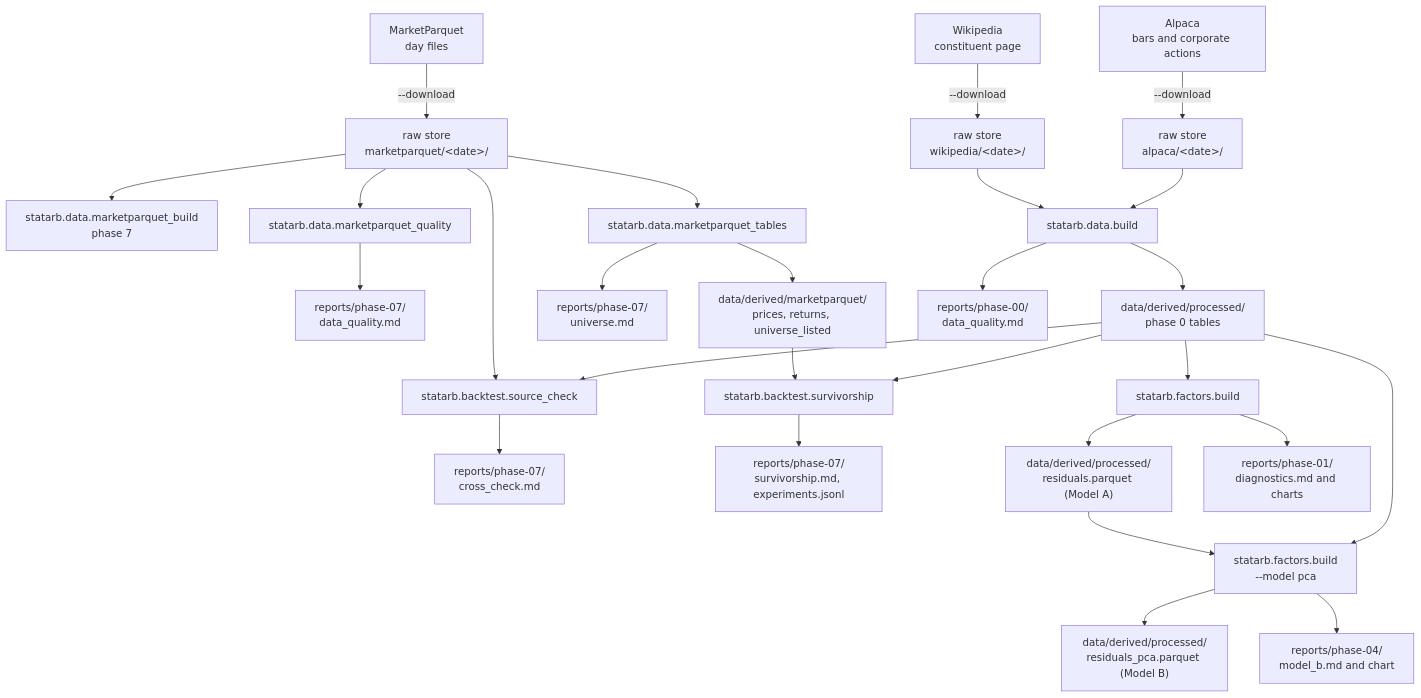
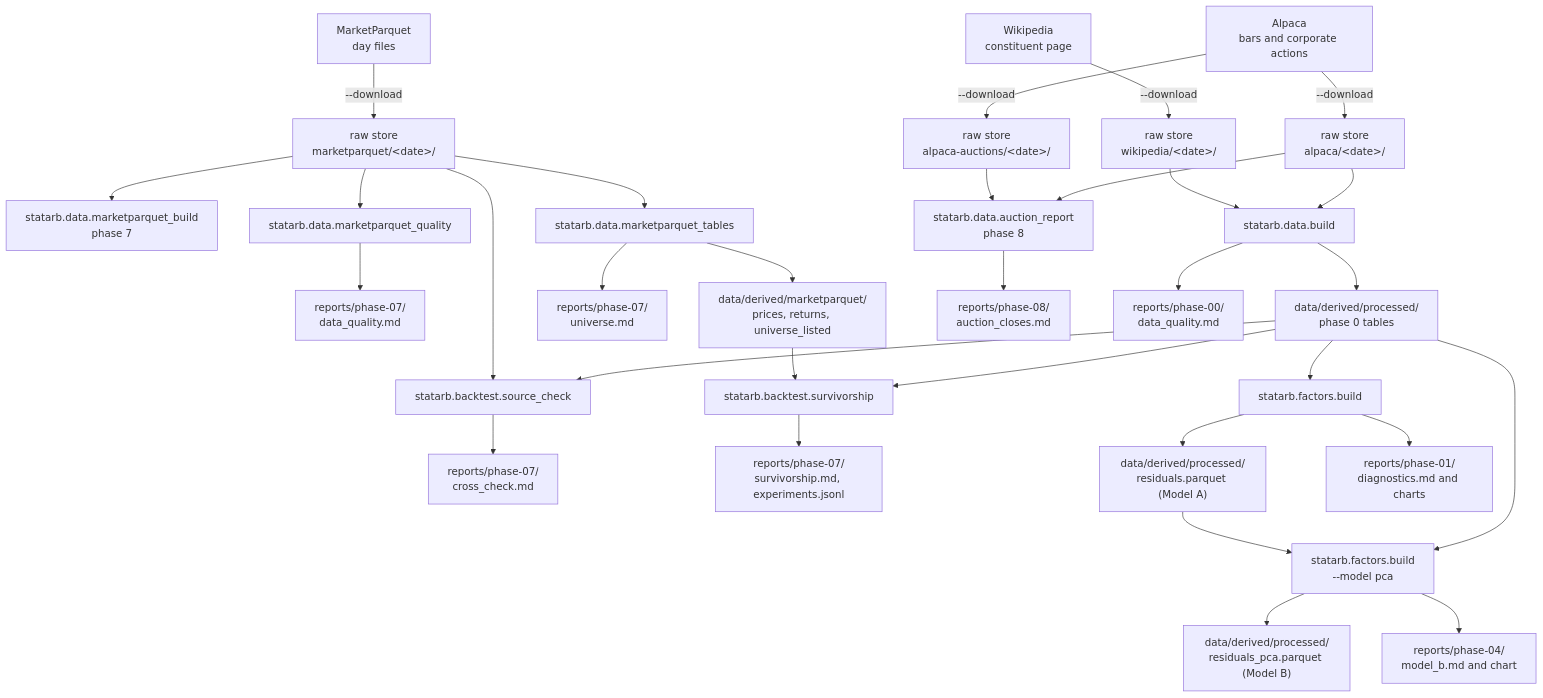
The first of 3 diagrams in docs/architecture.md (tcrossland/stat-arb-from-scratch), drawn with Mermaid before and after one commit. The commit also changed other lines of this file and 15 other files, not shown here.

First line of the commit message:
feat(data): measure how often auction prices differ from the bar's

````diff
--- a/docs/architecture.md
+++ b/docs/architecture.md
@@ -9,29 +9,33 @@
 ```mermaid
 flowchart TB
     W["Wikipedia<br/>constituent page"] -->|--download| RW["raw store<br/>wikipedia/&lt;date&gt;/"]
     A["Alpaca<br/>bars and corporate actions"] -->|--download| RA["raw store<br/>alpaca/&lt;date&gt;/"]
     M["MarketParquet<br/>day files"] -->|--download| RM["raw store<br/>marketparquet/&lt;date&gt;/"]
     RM --> MB["statarb.data.marketparquet_build<br/>phase 7"]
     RM --> MQ["statarb.data.marketparquet_quality"]
     MQ --> QM["reports/phase-07/<br/>data_quality.md"]
     RM --> MT["statarb.data.marketparquet_tables"]
     MT --> PM["data/derived/marketparquet/<br/>prices, returns, universe_listed"]
     MT --> UM["reports/phase-07/<br/>universe.md"]
     RM --> SC["statarb.backtest.source_check"]
     P --> SC
     SC --> XC["reports/phase-07/<br/>cross_check.md"]
     PM --> SV["statarb.backtest.survivorship"]
     P --> SV
     SV --> SR["reports/phase-07/<br/>survivorship.md, experiments.jsonl"]
+    A -->|--download| RX["raw store<br/>alpaca-auctions/&lt;date&gt;/"]
+    RX --> AR["statarb.data.auction_report<br/>phase 8"]
+    RA --> AR
+    AR --> AC["reports/phase-08/<br/>auction_closes.md"]
     RW --> B["statarb.data.build"]
     RA --> B
     B --> P["data/derived/processed/<br/>phase 0 tables"]
     B --> Q["reports/phase-00/<br/>data_quality.md"]
     P --> F["statarb.factors.build"]
     F --> RS["data/derived/processed/<br/>residuals.parquet (Model A)"]
     F --> FR["reports/phase-01/<br/>diagnostics.md and charts"]
     RS --> FB["statarb.factors.build<br/>--model pca"]
     P --> FB
     FB --> RB["data/derived/processed/<br/>residuals_pca.parquet (Model B)"]
     FB --> FBR["reports/phase-04/<br/>model_b.md and chart"]
 ```
````
